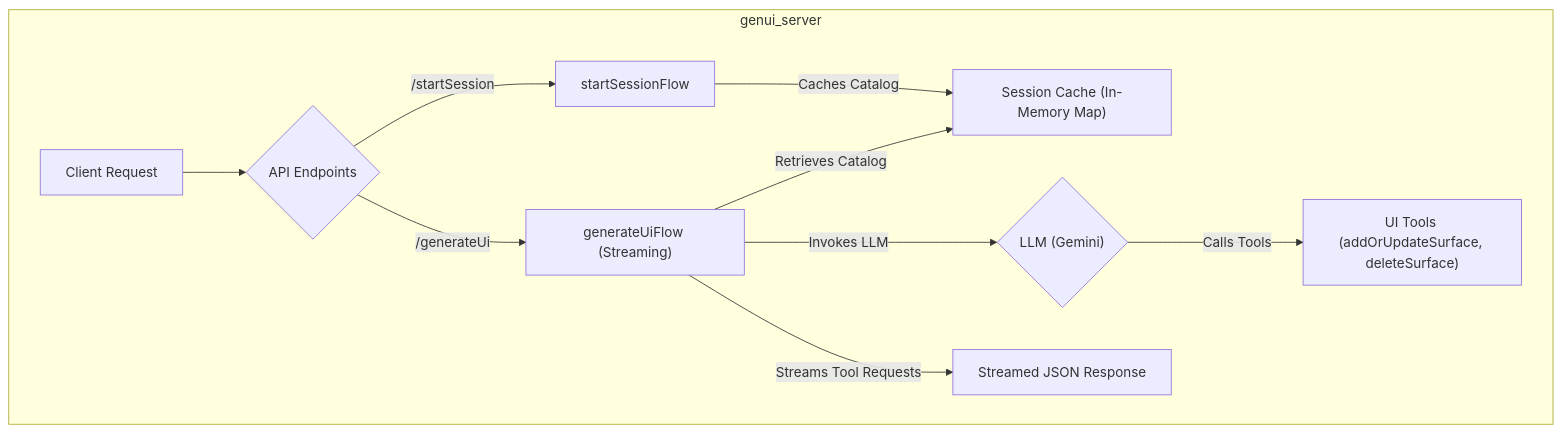
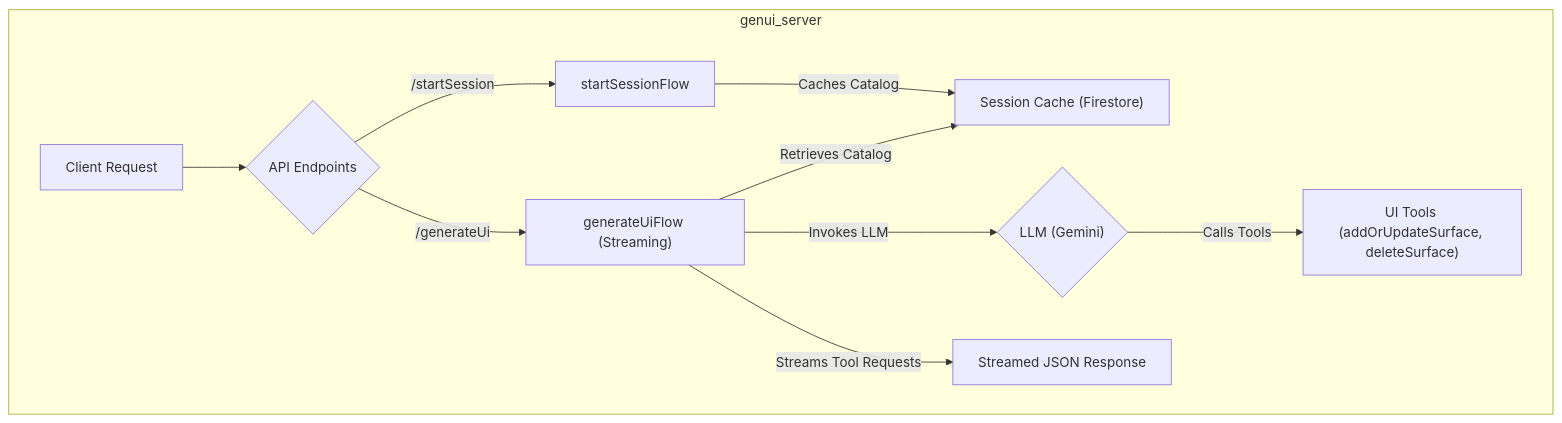
The first of 2 diagrams in packages/genui_server/IMPLEMENTATION.md (gspencergoog/genui), drawn with Mermaid before and after one commit. The commit also changed other lines of this file and 1 other file, not shown here.

````diff
--- a/packages/genui_server/IMPLEMENTATION.md
+++ b/packages/genui_server/IMPLEMENTATION.md
@@ -11,14 +11,14 @@
 ```mermaid
 graph TD
     subgraph "genui_server"
         A["Client Request"] --> B{"API Endpoints"}
         B -- "/startSession" --> C["startSessionFlow"]
         B -- "/generateUi" --> D["generateUiFlow (Streaming)"]
 
-        C -- "Caches Catalog" --> E["Session Cache (In-Memory Map)"]
+        C -- "Caches Catalog" --> E["Session Cache (Firestore)"]
         D -- "Retrieves Catalog" --> E
         D -- "Invokes LLM" --> F{"LLM (Gemini)"}
         F -- "Calls Tools" --> G["UI Tools (addOrUpdateSurface, deleteSurface)"]
         D -- "Streams Tool Requests" --> H["Streamed JSON Response"]
     end
 ```
````
